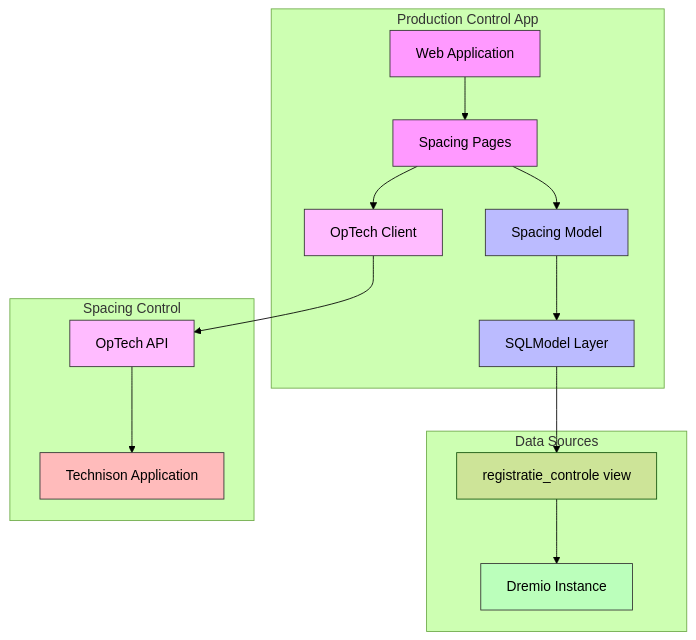
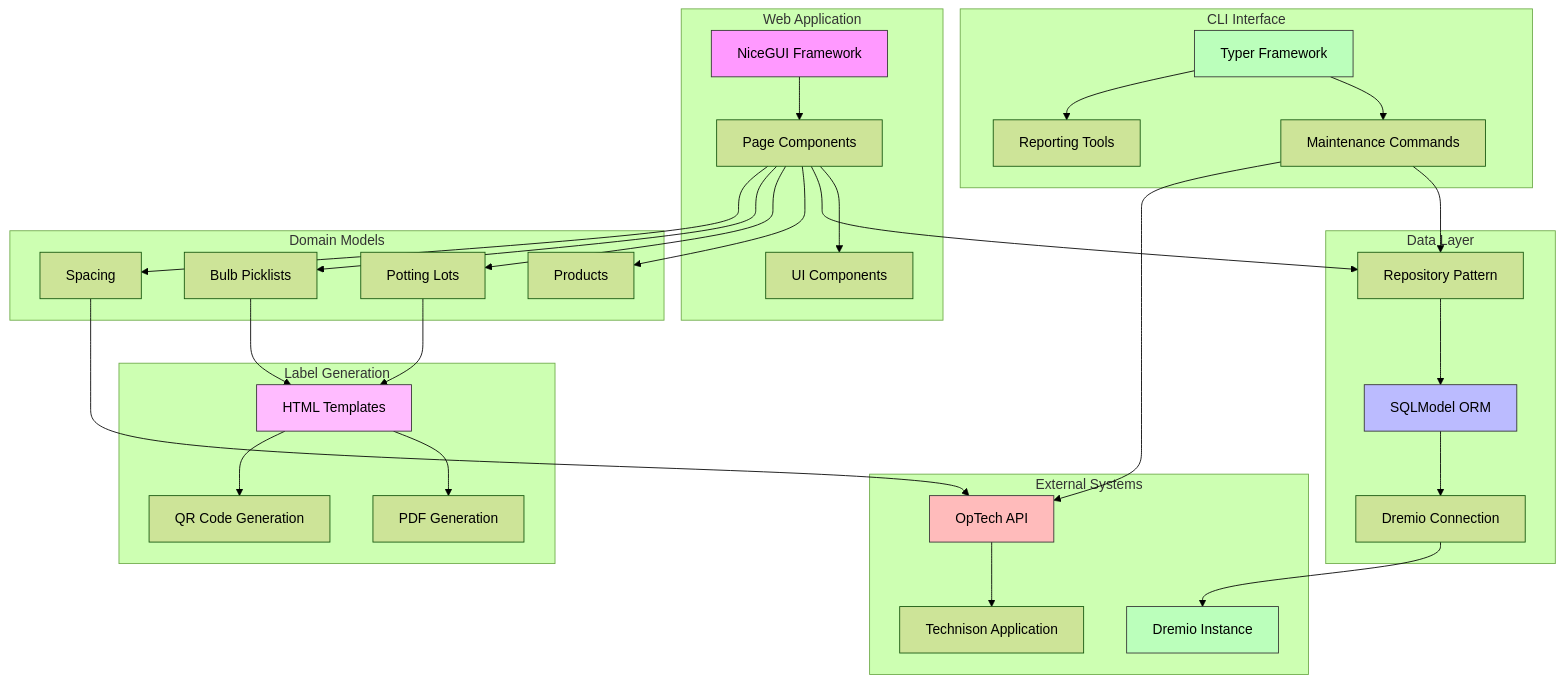
Before and after one commit to serraict/wetering-production-control: the diagram in docs/architecture.md, drawn with Mermaid (forest theme). The commit also changed other lines of this file and 1 other file, not shown here.

````diff
--- a/docs/architecture.md
+++ b/docs/architecture.md
@@ -29,38 +51,72 @@
 ```mermaid
 graph TD
-    subgraph Production Control App
-        WebApp[Web Application]
-        SQLModel[SQLModel Layer]
-        SpacingPages[Spacing Pages]
-        SpacingModel[Spacing Model]
-        OpTechClient[OpTech Client]
+    subgraph "Web Application"
+        NiceGUI[NiceGUI Framework]
+        Pages[Page Components]
+        UIComponents[UI Components]
     end
     
-    subgraph Data Sources
-        Dremio[Dremio Instance]
-        DremioView[registratie_controle view]
+    subgraph "Data Layer"
+        SQLModel[SQLModel ORM]
+        Repositories[Repository Pattern]
+        DremioConn[Dremio Connection]
     end
     
-    subgraph Spacing Control
+    subgraph "Domain Models"
+        Products[Products]
+        PottingLots[Potting Lots]
+        BulbPicklists[Bulb Picklists]
+        Spacing[Spacing]
+    end
+    
+    subgraph "Label Generation"
+        Templates[HTML Templates]
+        PDFGen[PDF Generation]
+        QRCodes[QR Code Generation]
+    end
+    
+    subgraph "CLI Interface"
+        Typer[Typer Framework]
+        Commands[Maintenance Commands]
+        Reporting[Reporting Tools]
+    end
+    
+    subgraph "External Systems"
+        Dremio[Dremio Instance]
+        OpTech[OpTech API]
         Technison[Technison Application]
-        OpTech[OpTech API]
     end
 
-    WebApp --> SpacingPages
-    SpacingPages --> SpacingModel
-    SpacingPages --> OpTechClient
-    SpacingModel --> SQLModel
-    OpTechClient --> OpTech
-    SQLModel --> DremioView
-    DremioView --> Dremio
+    NiceGUI --> Pages
+    Pages --> UIComponents
+    Pages --> Repositories
+    
+    Repositories --> SQLModel
+    SQLModel --> DremioConn
+    DremioConn --> Dremio
+    
+    Pages --> Products
+    Pages --> PottingLots
+    Pages --> BulbPicklists
+    Pages --> Spacing
+    
+    PottingLots --> Templates
+    BulbPicklists --> Templates
+    Templates --> PDFGen
+    Templates --> QRCodes
+    
+    Typer --> Commands
+    Typer --> Reporting
+    Commands --> Repositories
+    Commands --> OpTech
+    
+    Spacing --> OpTech
     OpTech --> Technison
 
-    style WebApp fill:#f9f,stroke:#333
+    style NiceGUI fill:#f9f,stroke:#333
     style SQLModel fill:#bbf,stroke:#333
-    style SpacingPages fill:#f9f,stroke:#333
-    style SpacingModel fill:#bbf,stroke:#333
-    style OpTechClient fill:#fbf,stroke:#333
+    style Templates fill:#fbf,stroke:#333
+    style Typer fill:#bfb,stroke:#333
+    style OpTech fill:#fbb,stroke:#333
     style Dremio fill:#bfb,stroke:#333
-    style Technison fill:#fbb,stroke:#333
-    style OpTech fill:#fbf,stroke:#333
 ```
````
